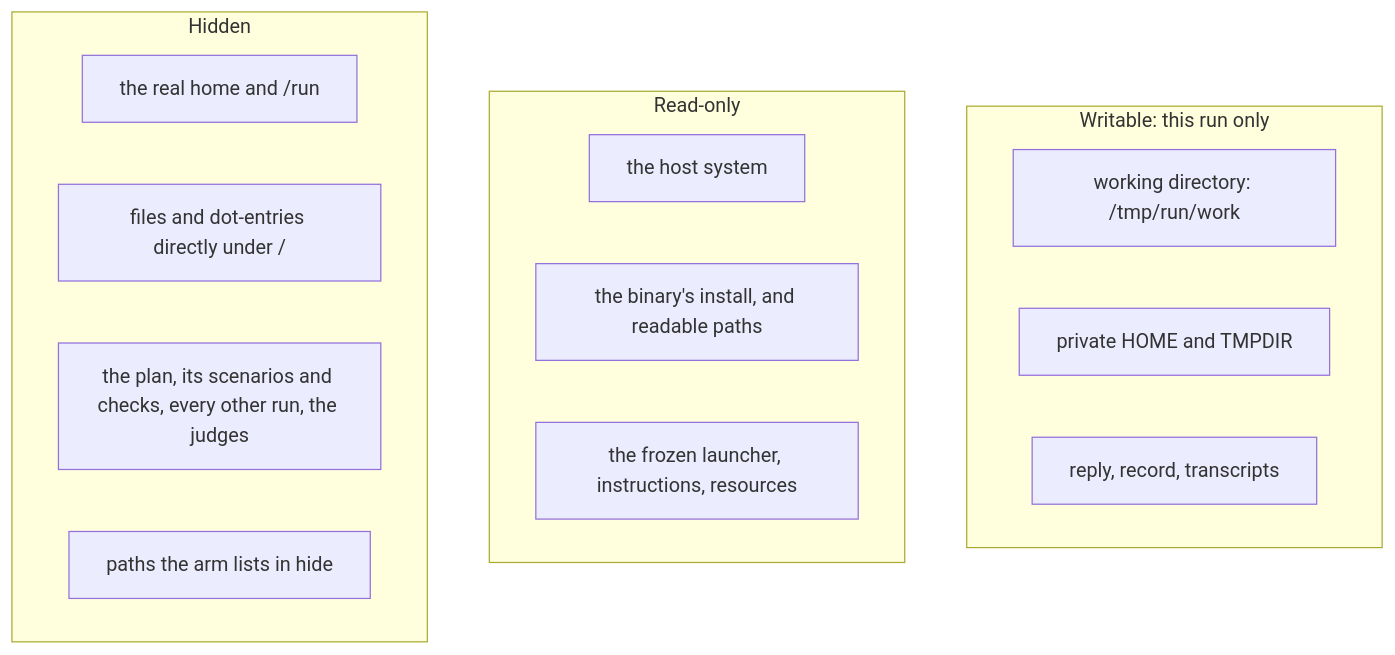
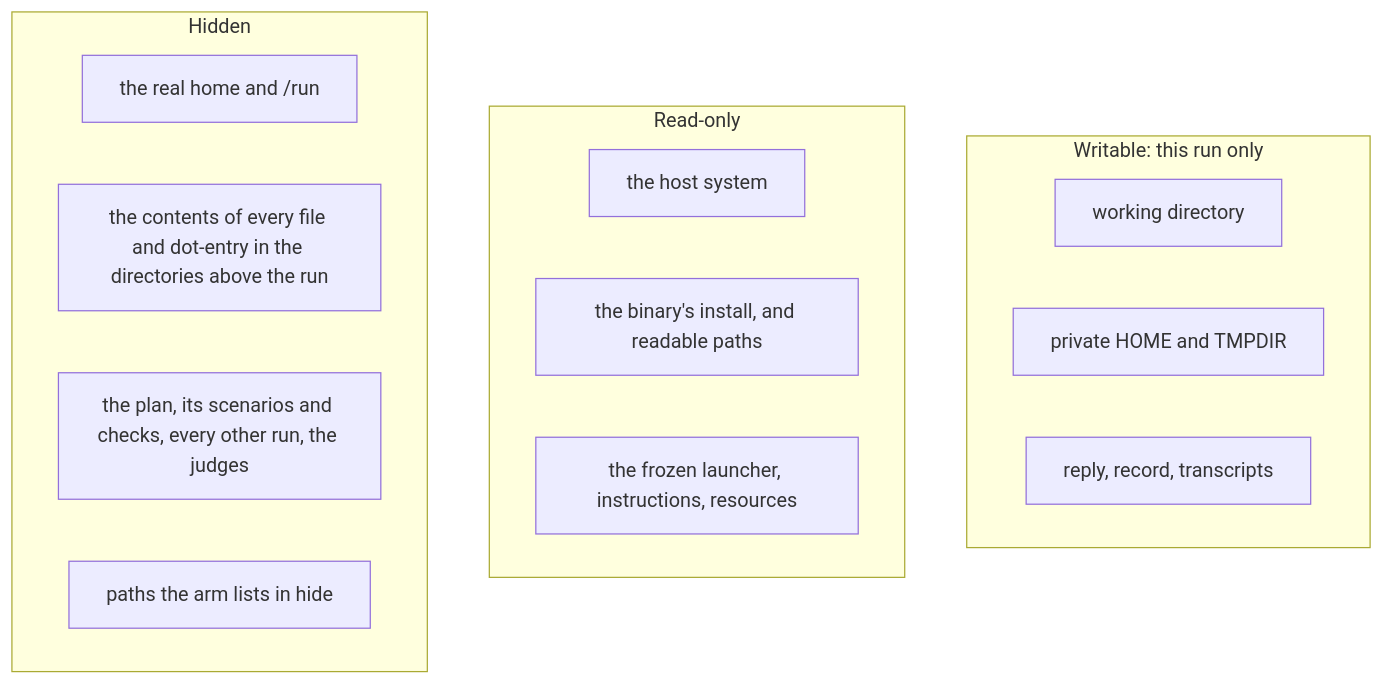
The third of 4 diagrams in plugins/agentic-design-and-evaluation/skills/split-testing/references/launching.md (DevGuyRash/agent-tooling), drawn with Mermaid before and after one commit. The commit also changed other lines of this file and 3 other files, not shown here.

````diff
--- a/plugins/agentic-design-and-evaluation/skills/split-testing/references/launching.md
+++ b/plugins/agentic-design-and-evaluation/skills/split-testing/references/launching.md
@@ -130,19 +131,19 @@
 ```mermaid
 flowchart TB
   subgraph W["Writable: this run only"]
-    W1["working directory: /tmp/run/work"]
+    W1["working directory"]
     W2["private HOME and TMPDIR"]
     W3["reply, record, transcripts"]
   end
   subgraph R["Read-only"]
     R1["the host system"]
     R2["the binary's install, and readable paths"]
     R3["the frozen launcher, instructions, resources"]
   end
   subgraph H["Hidden"]
     H1["the real home and /run"]
-    H2["files and dot-entries directly under /"]
+    H2["the contents of every file and dot-entry in the directories above the run"]
     H3["the plan, its scenarios and checks, every other run, the judges"]
     H4["paths the arm lists in hide"]
   end
 ```
````
